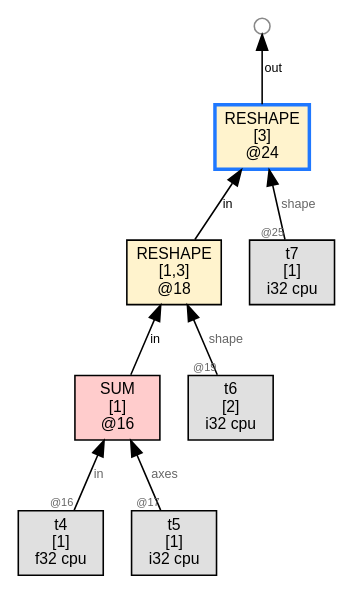
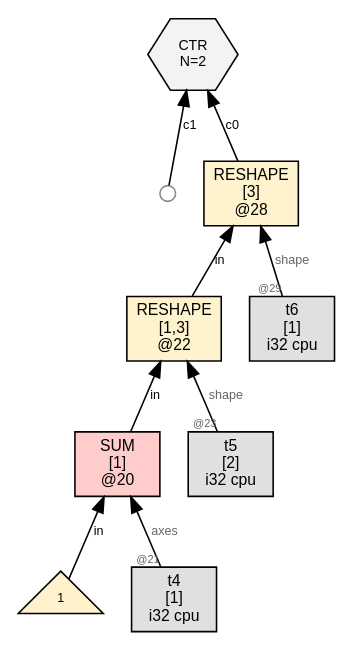
One commit to sw1sh/TinyHVM changed the diagram in wl/examples/thvm_graphs/grad_rules/expand/thvm_2_post_sweep.dot. Above: the diagram before and after it, drawn with Graphviz. The commit also changed 184 other files, not shown here.

First line of the commit message:
grad: NUM(1) seed; CTR consumer; STOP_AFTER_SWEEP; keep ADD intermediate

```diff
--- a/wl/examples/thvm_graphs/grad_rules/expand/thvm_2_post_sweep.dot
+++ b/wl/examples/thvm_graphs/grad_rules/expand/thvm_2_post_sweep.dot
@@ -1,21 +1,23 @@
 digraph G {
   rankdir=BT;
   node [fontname="Helvetica", fontsize=10, style=filled, shape=box, margin="0.1,0.05"];
   edge [fontsize=8, fontname="Helvetica"];
 
-  n24 [label="RESHAPE\n[3]\n@24", shape=box, fillcolor="#fff3cd",color="#1f78ff",penwidth=2.2];
-  n18 -> n24 [label="in"];
-  t7 [label="t7\n[1]\ni32 cpu",shape=box,fillcolor="#e0e0e0"];
-  t7 -> n24 [label="shape",taillabel="@25",labelfontsize=7,fontcolor="#666666"];
-  free24_1000 [label="",shape=circle,width=0.14,height=0.14,fixedsize=true,fillcolor="#ffffff",color="#888888",fontsize=1];
-  n24 -> free24_1000 [label="out"];
-  n16 [label="SUM\n[1]\n@16", shape=box, fillcolor="#ffcccc"];
-  t4 [label="t4\n[1]\nf32 cpu",shape=box,fillcolor="#e0e0e0"];
-  t4 -> n16 [label="in",taillabel="@16",labelfontsize=7,fontcolor="#666666"];
-  t5 [label="t5\n[1]\ni32 cpu",shape=box,fillcolor="#e0e0e0"];
-  t5 -> n16 [label="axes",taillabel="@17",labelfontsize=7,fontcolor="#666666"];
-  n18 [label="RESHAPE\n[1,3]\n@18", shape=box, fillcolor="#fff3cd"];
-  n16 -> n18 [label="in"];
-  t6 [label="t6\n[2]\ni32 cpu",shape=box,fillcolor="#e0e0e0"];
-  t6 -> n18 [label="shape",taillabel="@19",labelfontsize=7,fontcolor="#666666"];
+  n28 [label="RESHAPE\n[3]\n@28", shape=box, fillcolor="#fff3cd"];
+  n22 -> n28 [label="in"];
+  t6 [label="t6\n[1]\ni32 cpu",shape=box,fillcolor="#e0e0e0"];
+  t6 -> n28 [label="shape",taillabel="@29",labelfontsize=7,fontcolor="#666666"];
+  ctr9 [label="CTR\nN=2", shape=hexagon, fillcolor="#f3f3f3", fontsize=9];
+  n28 -> ctr9 [label="c0"];
+  free9_1 [label="",shape=circle,width=0.14,height=0.14,fixedsize=true,fillcolor="#ffffff",color="#888888",fontsize=1];
+  free9_1 -> ctr9 [label="c1"];
+  n20 [label="SUM\n[1]\n@20", shape=box, fillcolor="#ffcccc"];
+  num20_0 [label="1",shape=triangle,fillcolor="#fff2cc",fontsize=8];
+  num20_0 -> n20 [label="in"];
+  t4 [label="t4\n[1]\ni32 cpu",shape=box,fillcolor="#e0e0e0"];
+  t4 -> n20 [label="axes",taillabel="@21",labelfontsize=7,fontcolor="#666666"];
+  n22 [label="RESHAPE\n[1,3]\n@22", shape=box, fillcolor="#fff3cd"];
+  n20 -> n22 [label="in"];
+  t5 [label="t5\n[2]\ni32 cpu",shape=box,fillcolor="#e0e0e0"];
+  t5 -> n22 [label="shape",taillabel="@23",labelfontsize=7,fontcolor="#666666"];
 }
```
